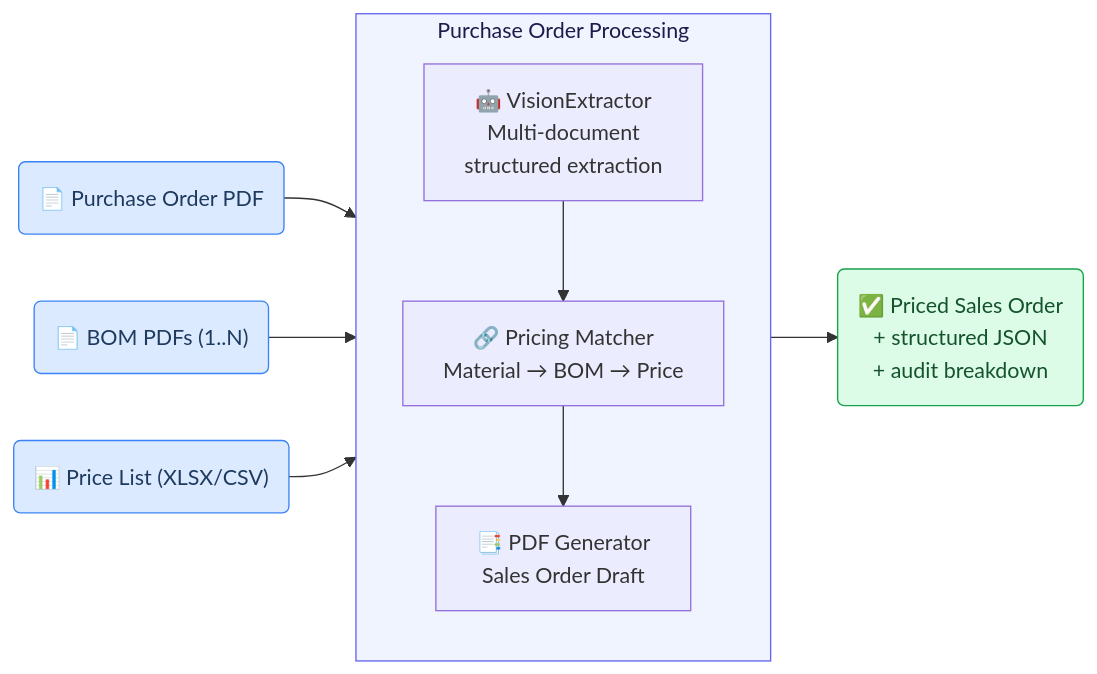
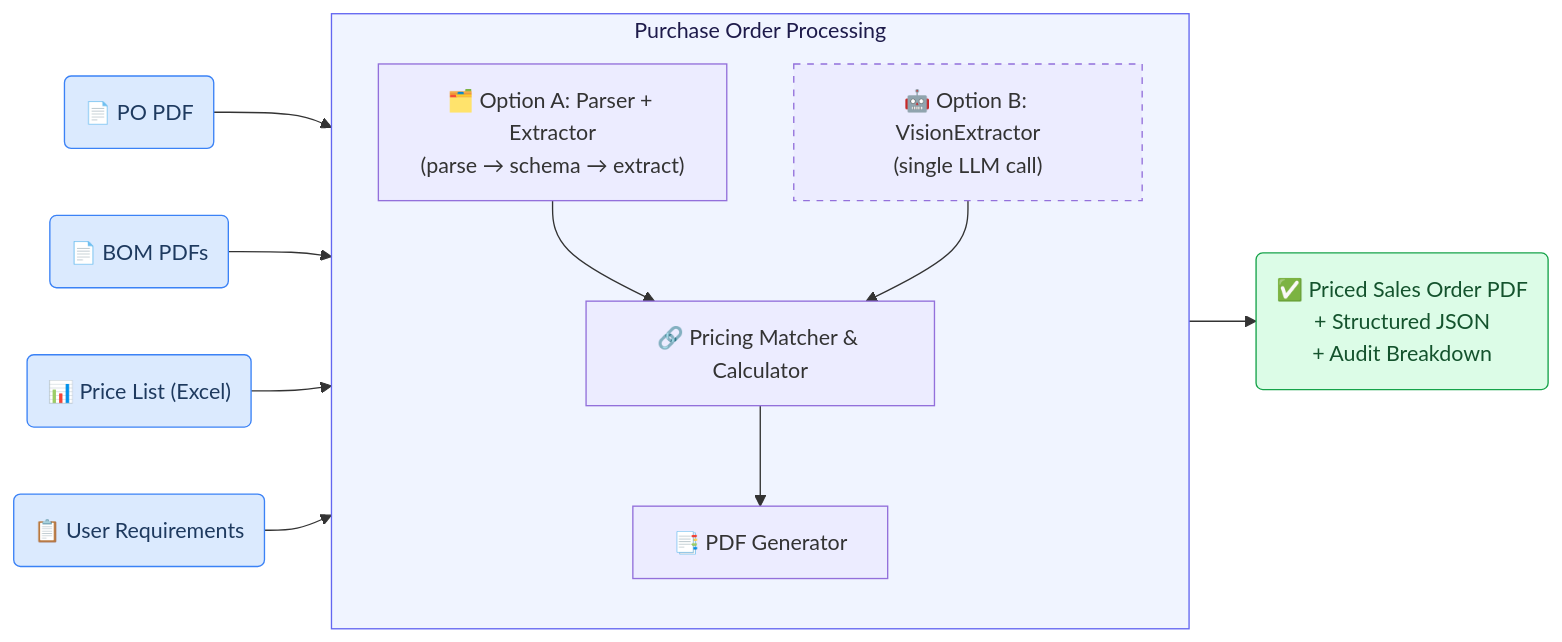
Before and after one commit to GAIK-project/gaik-toolkit: the first of 6 diagrams in guidance_layer/website/content/docs/use-cases/purchase-order-processing.mdx, drawn with Mermaid. The commit also changed other lines of this file and 7 other files, not shown here.

````diff
--- a/guidance_layer/website/content/docs/use-cases/purchase-order-processing.mdx
+++ b/guidance_layer/website/content/docs/use-cases/purchase-order-processing.mdx
@@ -133,22 +133,28 @@
 ```mermaid
 flowchart LR
-    A("📄 Purchase Order PDF") --> V
-    B("📄 BOM PDFs (1..N)") --> V
-    C("📊 Price List (XLSX/CSV)") --> M
+    A("📄 PO PDF") --> PIPE
+    B("📄 BOM PDFs") --> PIPE
+    C("📊 Price List (Excel)") --> PIPE
+    D("📋 User Requirements") --> PIPE
 
     subgraph PIPE["Purchase Order Processing"]
         direction TB
-        V["🤖 VisionExtractor<br/>Multi-document<br/>structured extraction"]
-        M["🔗 Pricing Matcher<br/>Material → BOM → Price"]
-        G["📑 PDF Generator<br/>Sales Order Draft"]
-        V --> M --> G
+        P1["🗂️ Option A: Parser + Extractor\n(parse → schema → extract)"]
+        P2["🤖 Option B: VisionExtractor\n(single LLM call)"]
+        M["🔗 Pricing Matcher & Calculator"]
+        G["📑 PDF Generator"]
+        P1 --> M
+        P2 --> M
+        M --> G
     end
 
-    PIPE --> D("✅ Priced Sales Order<br/>+ structured JSON<br/>+ audit breakdown")
+    PIPE --> E("✅ Priced Sales Order PDF\n+ Structured JSON\n+ Audit Breakdown")
 
     style A fill:#dbeafe,stroke:#3b82f6,color:#1e3a5f
     style B fill:#dbeafe,stroke:#3b82f6,color:#1e3a5f
     style C fill:#dbeafe,stroke:#3b82f6,color:#1e3a5f
-    style D fill:#dcfce7,stroke:#16a34a,color:#14532d
+    style D fill:#dbeafe,stroke:#3b82f6,color:#1e3a5f
+    style E fill:#dcfce7,stroke:#16a34a,color:#14532d
     style PIPE fill:#f0f4ff,stroke:#6366f1,color:#1e1b4b
+    style P2 stroke-dasharray: 5 5
 ```
````
